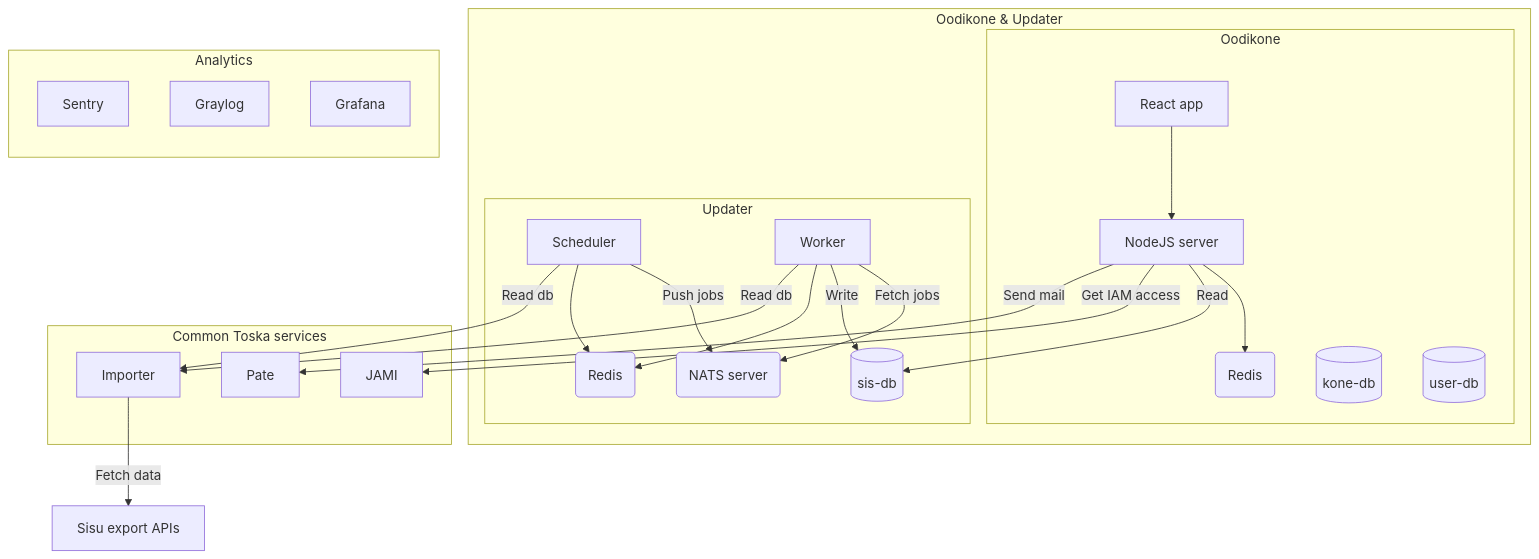
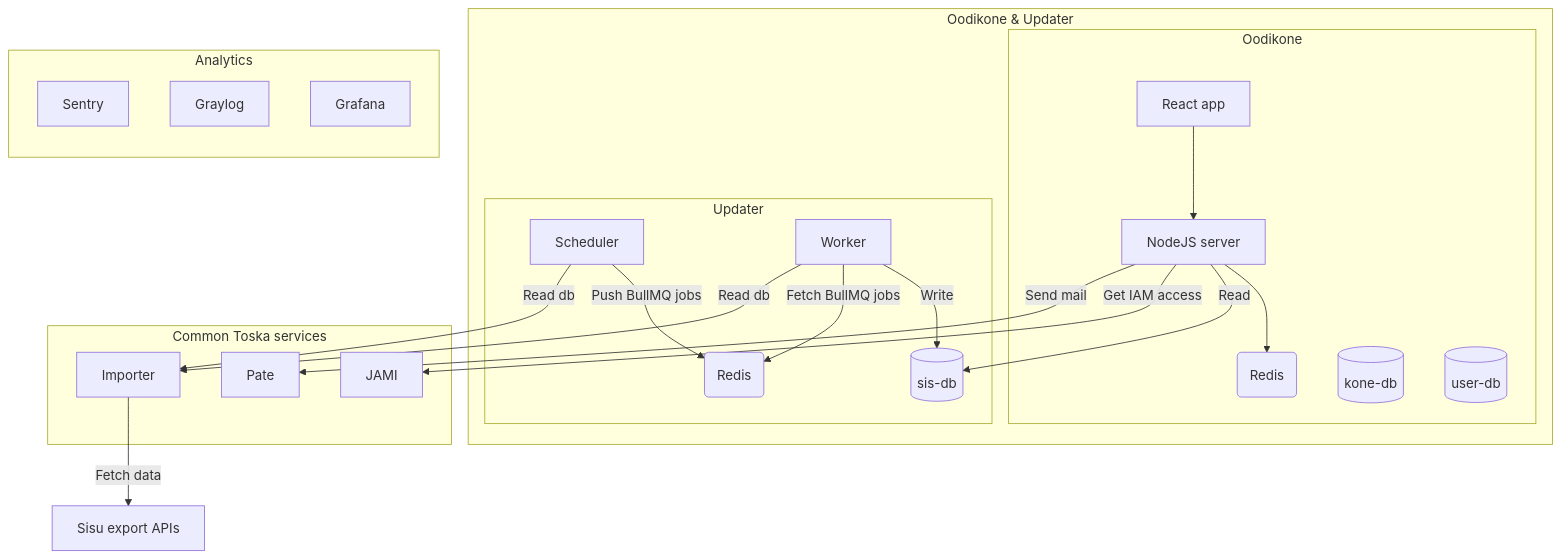
Before and after one commit to UniversityOfHelsinkiCS/oodikone: the diagram in README.md, drawn with Mermaid.

Commit message:
[Documentation] Change NATS to BullMQ in architecture graph

````diff
--- a/README.md
+++ b/README.md
@@ -62,39 +62,36 @@
 ```mermaid
 graph TB
     subgraph Oodikone & Updater
         subgraph Oodikone
             client[React app] --> server[NodeJS server]
             server --> ok_redis(Redis)
             konedb[(kone-db)]
             userdb[(user-db)]
         end
         server -->|Read| sisdb[(sis-db)]
         subgraph Updater
-            updaterscheduler[Scheduler] --> |Push jobs| nats
-            nats(NATS server)
-            updaterworker --> |Fetch jobs| nats
+            updaterscheduler[Scheduler] --> |Push BullMQ jobs| redis(Redis)
             updaterworker[Worker] -->|Write| sisdb
-            updaterscheduler --> redis(Redis)
-            updaterworker --> redis
+            updaterworker --> |Fetch BullMQ jobs| redis
         end
     end
 
     subgraph Common Toska services
         jami[JAMI]
         pate[Pate]
         importer[Importer]
     end
 
     updaterworker -->|Read db| importer
     updaterscheduler -->|Read db| importer
     importer -->|Fetch data| sisu[Sisu export APIs]
     server -->|Get IAM access| jami
     server -->|Send mail| pate
 
     subgraph Analytics
         direction TB
         sentry[Sentry]
         graylog[Graylog]
         grafana[Grafana]
     end
 ```
````
